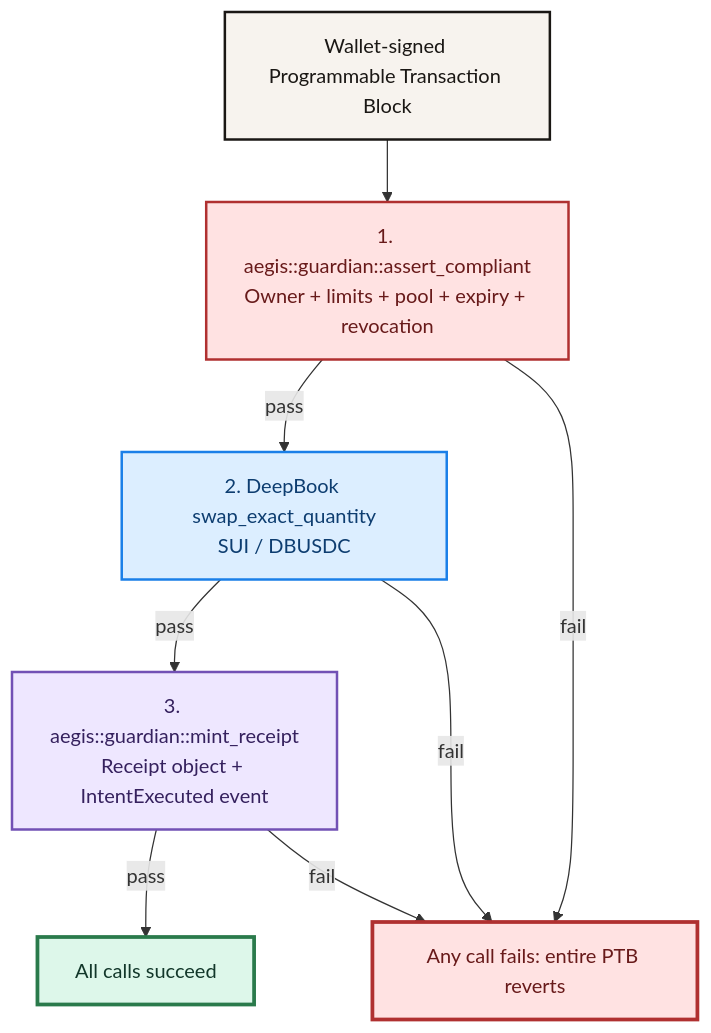
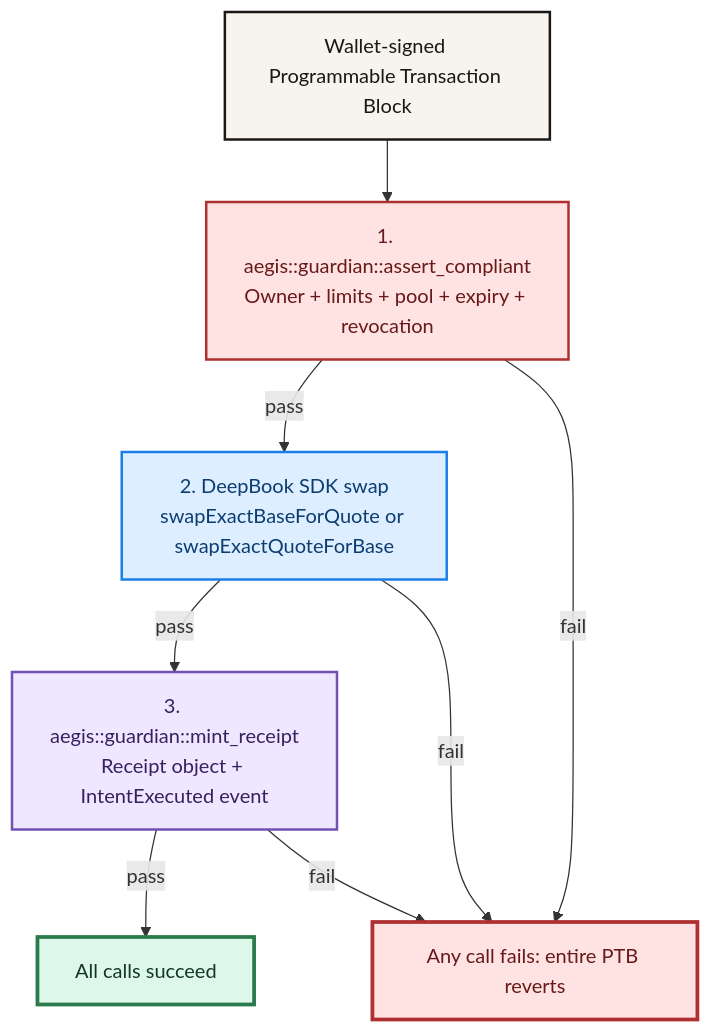
One commit to codebreakers19/Aegis changed the fifth of 5 diagrams in README.md. Above: the diagram before and after it, drawn with Mermaid. The commit also changed 1 other file, not shown here.

Commit message:
docs: finalize submission readiness notes
Align README PTB documentation with the actual DeepBook SDK swap methods and ignore a local duplicate logo export so the repository stays clean for judging.

````diff
--- a/README.md
+++ b/README.md
@@ -403,24 +403,24 @@
 ```mermaid
 flowchart TB
     START["Wallet-signed Programmable Transaction Block"]:::wallet
     ASSERT["1. aegis::guardian::assert_compliant<br/>Owner + limits + pool + expiry + revocation"]:::move
-    SWAP["2. DeepBook swap_exact_quantity<br/>SUI / DBUSDC"]:::deepbook
+    SWAP["2. DeepBook SDK swap<br/>swapExactBaseForQuote or swapExactQuoteForBase"]:::deepbook
     MINT["3. aegis::guardian::mint_receipt<br/>Receipt object + IntentExecuted event"]:::receipt
     SUCCESS["All calls succeed"]:::success
     REVERT["Any call fails: entire PTB reverts"]:::fail
 
     START --> ASSERT
     ASSERT -->|pass| SWAP
     ASSERT -->|fail| REVERT
     SWAP -->|pass| MINT
     SWAP -->|fail| REVERT
     MINT -->|pass| SUCCESS
     MINT -->|fail| REVERT
 
     classDef wallet fill:#F7F3EE,stroke:#1A1714,color:#1A1714,stroke-width:2px;
     classDef move fill:#FFE2E2,stroke:#B03030,color:#681A1A,stroke-width:2px;
     classDef deepbook fill:#DCEEFF,stroke:#1A7FE8,color:#0D3D70,stroke-width:2px;
     classDef receipt fill:#EEE7FF,stroke:#7251B5,color:#35215E,stroke-width:2px;
     classDef success fill:#DDF7EA,stroke:#2A7A4B,color:#12372A,stroke-width:3px;
     classDef fail fill:#FFE2E2,stroke:#B03030,color:#681A1A,stroke-width:3px;
 ```
````
